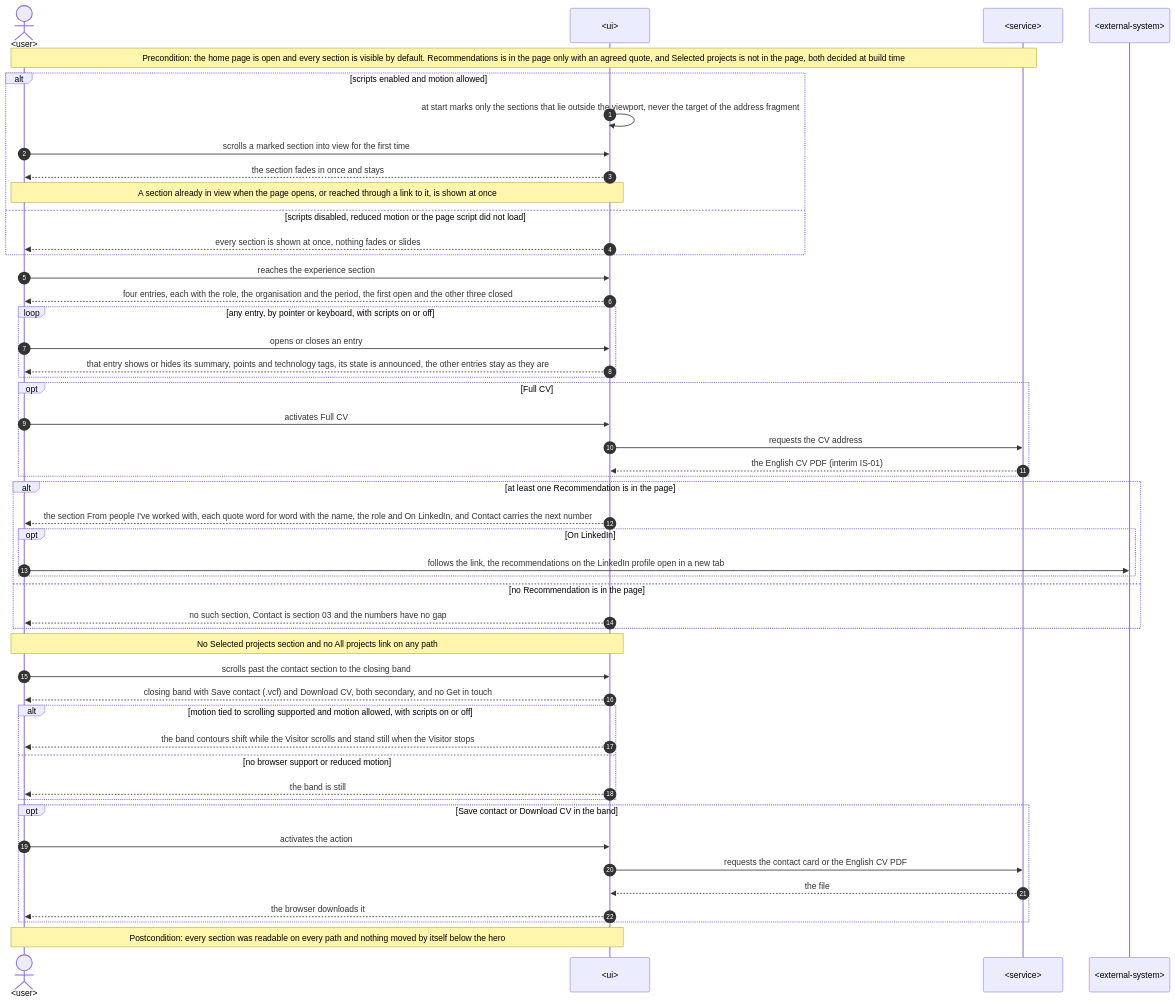
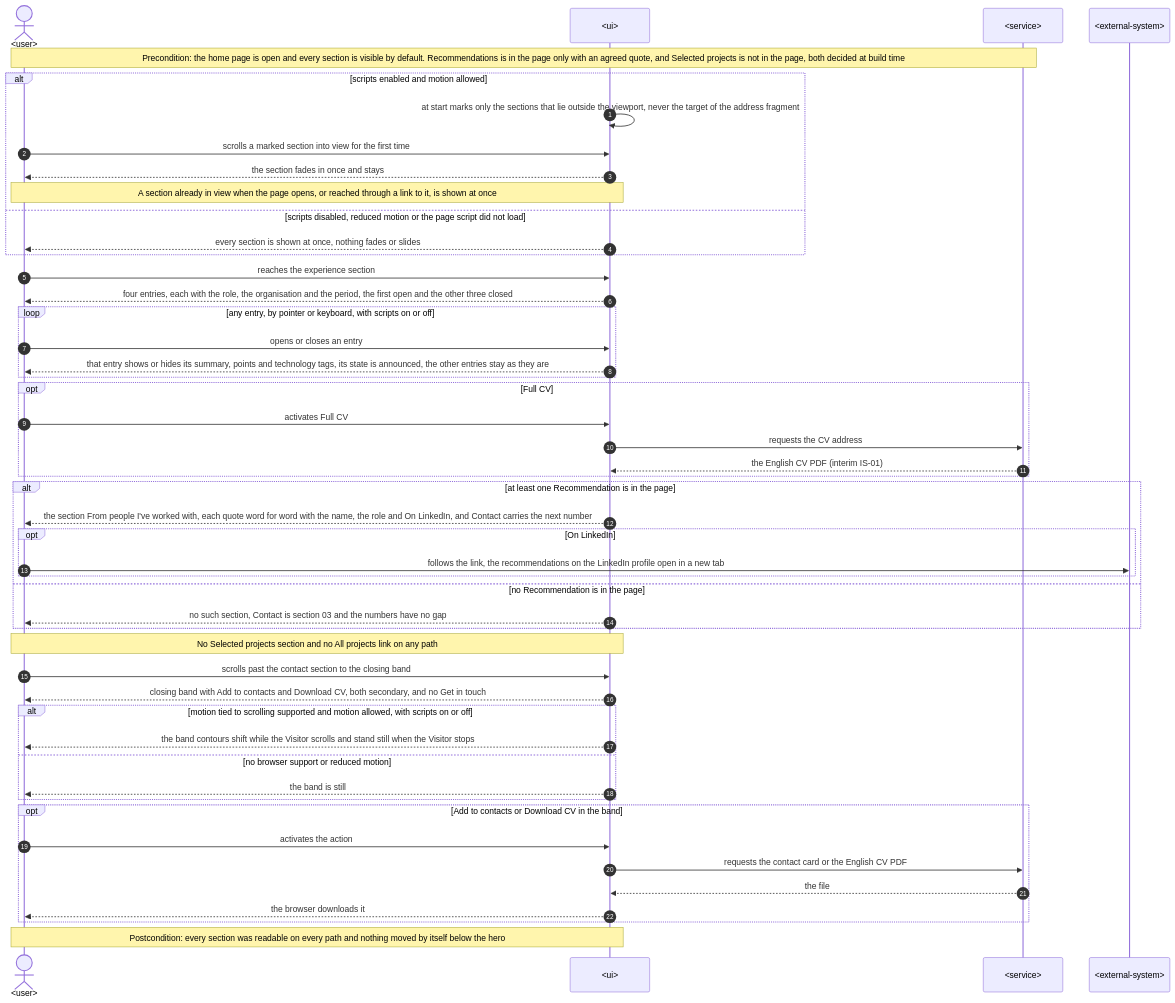
Before and after one commit to Ponomaleks/alpon.dev: the eighth of 9 diagrams in docs/features/home/sad.md, drawn with Mermaid. The commit also changed other lines of this file and 29 other files, not shown here.

First line of the commit message:
feat(home): Rename the contact card action to "Add to contacts" with .vcf as meta text

````diff
--- a/docs/features/home/sad.md
+++ b/docs/features/home/sad.md
@@ -447,52 +447,52 @@
 ```mermaid
 sequenceDiagram
     autonumber
     actor U as <user>
     participant UI as <ui>
     participant S as <service>
     participant X as <external-system>
 
     Note over U,S: Precondition: the home page is open and every section is visible by default. Recommendations is in the page only with an agreed quote, and Selected projects is not in the page, both decided at build time
     alt scripts enabled and motion allowed
         UI->>UI: at start marks only the sections that lie outside the viewport, never the target of the address fragment
         U->>UI: scrolls a marked section into view for the first time
         UI-->>U: the section fades in once and stays
         Note over U,UI: A section already in view when the page opens, or reached through a link to it, is shown at once
     else scripts disabled, reduced motion or the page script did not load
         UI-->>U: every section is shown at once, nothing fades or slides
     end
     U->>UI: reaches the experience section
     UI-->>U: four entries, each with the role, the organisation and the period, the first open and the other three closed
     loop any entry, by pointer or keyboard, with scripts on or off
         U->>UI: opens or closes an entry
         UI-->>U: that entry shows or hides its summary, points and technology tags, its state is announced, the other entries stay as they are
     end
     opt Full CV
         U->>UI: activates Full CV
         UI->>S: requests the CV address
         S-->>UI: the English CV PDF (interim IS-01)
     end
     alt at least one Recommendation is in the page
         UI-->>U: the section From people I've worked with, each quote word for word with the name, the role and On LinkedIn, and Contact carries the next number
         opt On LinkedIn
             U->>X: follows the link, the recommendations on the LinkedIn profile open in a new tab
         end
     else no Recommendation is in the page
         UI-->>U: no such section, Contact is section 03 and the numbers have no gap
     end
     Note over U,UI: No Selected projects section and no All projects link on any path
     U->>UI: scrolls past the contact section to the closing band
-    UI-->>U: closing band with Save contact (.vcf) and Download CV, both secondary, and no Get in touch
+    UI-->>U: closing band with Add to contacts and Download CV, both secondary, and no Get in touch
     alt motion tied to scrolling supported and motion allowed, with scripts on or off
         UI-->>U: the band contours shift while the Visitor scrolls and stand still when the Visitor stops
     else no browser support or reduced motion
         UI-->>U: the band is still
     end
-    opt Save contact or Download CV in the band
+    opt Add to contacts or Download CV in the band
         U->>UI: activates the action
         UI->>S: requests the contact card or the English CV PDF
         S-->>UI: the file
         UI-->>U: the browser downloads it
     end
     Note over U,UI: Postcondition: every section was readable on every path and nothing moved by itself below the hero
 ```
````
